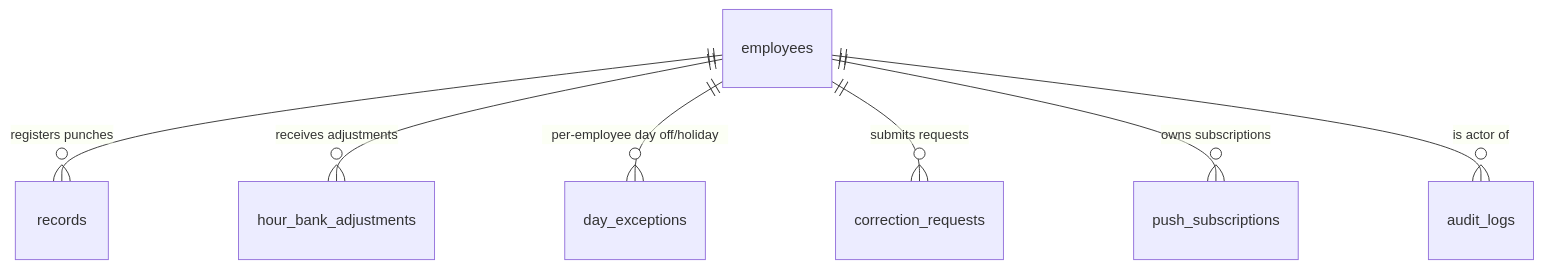
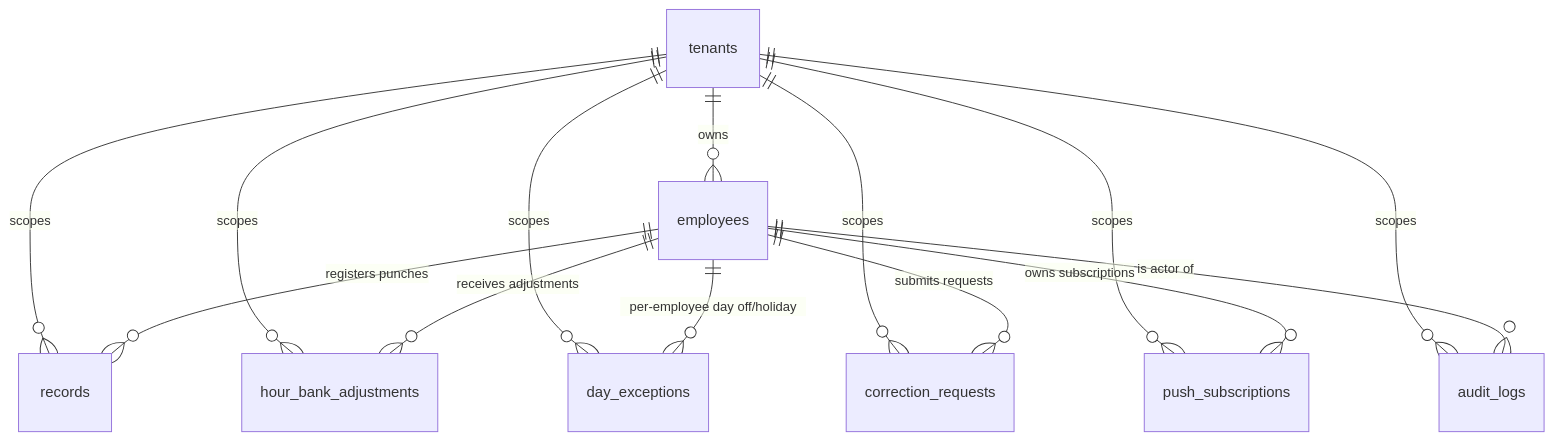
The diagram in docs/SCHEMA.md (felipeocgusmao/ponto-glass-next), drawn with Mermaid before and after one commit. The commit also changed other lines of this file and 5 other files, not shown here.

First line of the commit message:
feat(db): multi-tenancy foundation — schema + backfill (issue #6, phase 1/5)

````diff
--- a/docs/SCHEMA.md
+++ b/docs/SCHEMA.md
@@ -15,9 +15,16 @@
 ```mermaid
 erDiagram
+    tenants ||--o{ employees : "owns"
+    tenants ||--o{ records : "scopes"
+    tenants ||--o{ correction_requests : "scopes"
+    tenants ||--o{ day_exceptions : "scopes"
+    tenants ||--o{ audit_logs : "scopes"
+    tenants ||--o{ hour_bank_adjustments : "scopes"
+    tenants ||--o{ push_subscriptions : "scopes"
     employees ||--o{ records : "registers punches"
     employees ||--o{ hour_bank_adjustments : "receives adjustments"
     employees ||--o{ day_exceptions : "per-employee day off/holiday"
     employees ||--o{ correction_requests : "submits requests"
     employees ||--o{ push_subscriptions : "owns subscriptions"
     employees ||--o{ audit_logs : "is actor of"
 ```
````
